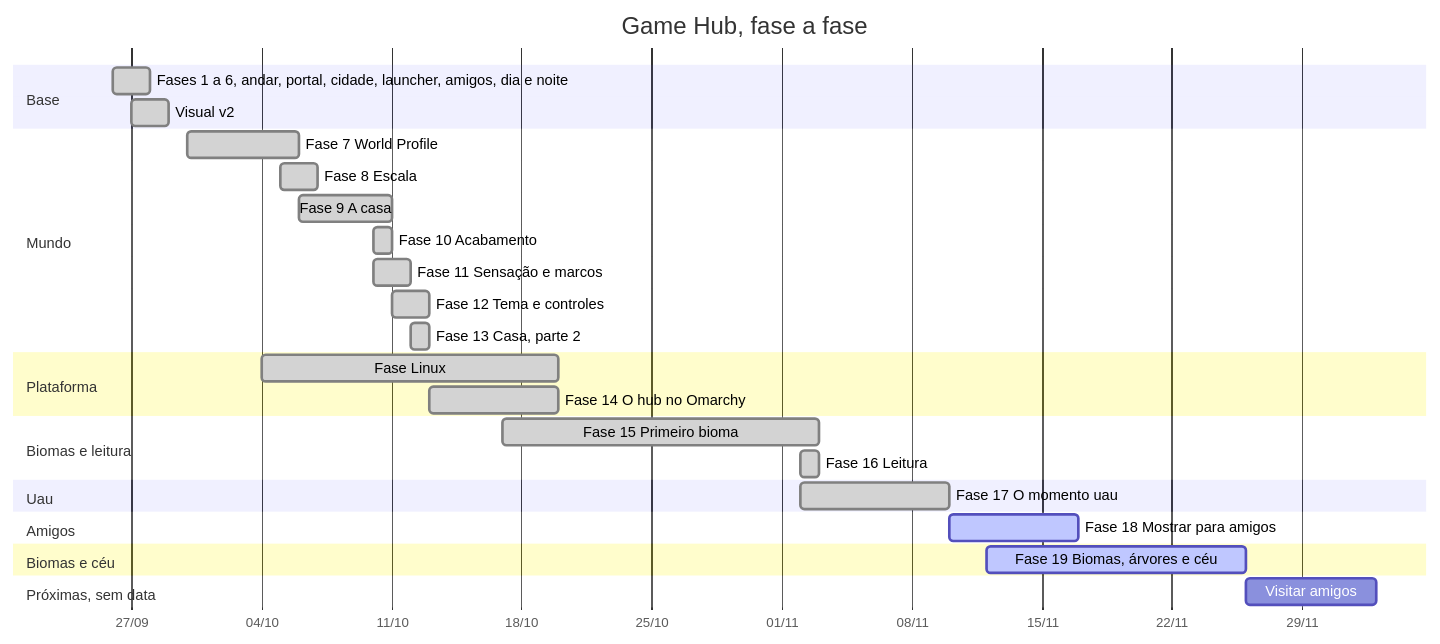
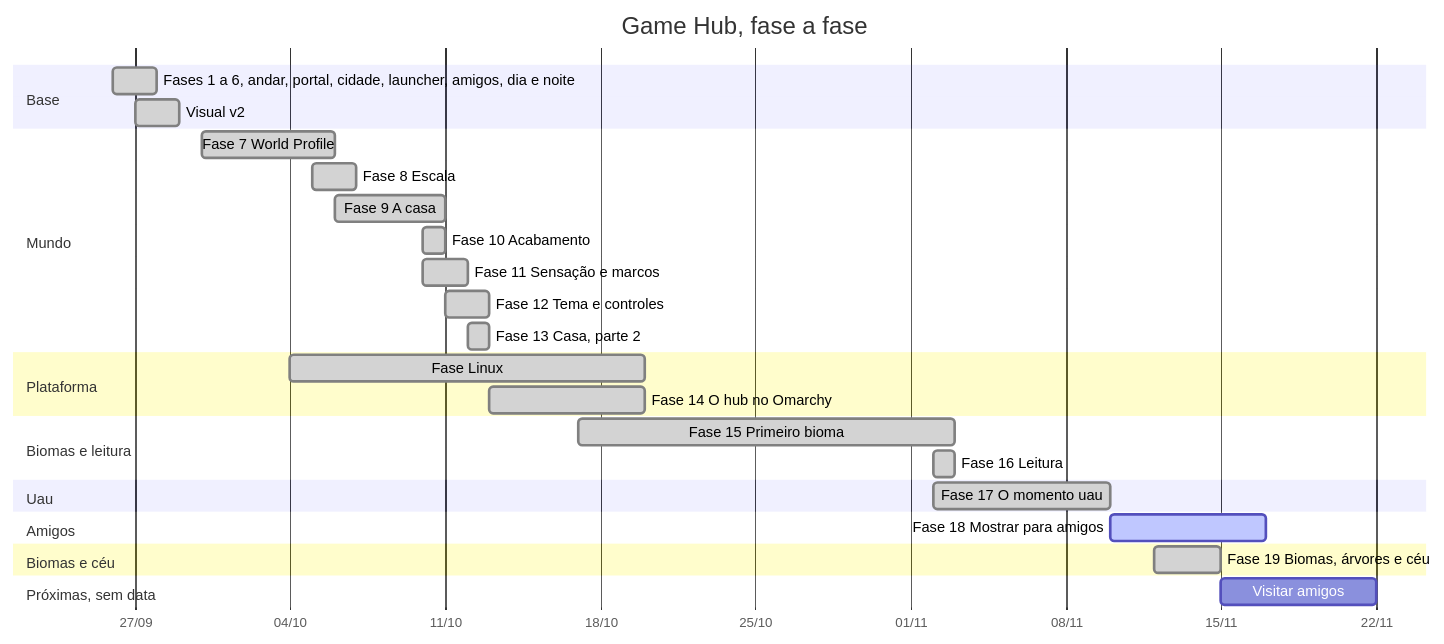
One commit to guitavaress/game-hub changed the diagram in docs/Início.md. Above: the diagram before and after it, drawn with Mermaid. The commit also changed other lines of this file and 3 other files, not shown here.

````diff
--- a/docs/Início.md
+++ b/docs/Início.md
@@ -45,39 +46,39 @@
 ```mermaid
 gantt
     title Game Hub, fase a fase
     dateFormat YYYY-MM-DD
     axisFormat %d/%m
 
     section Base
     Fases 1 a 6, andar, portal, cidade, launcher, amigos, dia e noite :done, f1, 2026-09-26, 2026-09-28
     Visual v2                        :done, v2, 2026-09-27, 2026-09-29
 
     section Mundo
     Fase 7 World Profile             :done, f7, 2026-09-30, 2026-10-06
     Fase 8 Escala                    :done, f8, 2026-10-05, 2026-10-07
     Fase 9 A casa                    :done, f9, 2026-10-06, 2026-10-11
     Fase 10 Acabamento               :done, f10, 2026-10-10, 2026-10-11
     Fase 11 Sensação e marcos        :done, f11, 2026-10-10, 2026-10-12
     Fase 12 Tema e controles         :done, f12, 2026-10-11, 2026-10-13
     Fase 13 Casa, parte 2            :done, f13, 2026-10-12, 2026-10-13
 
     section Plataforma
     Fase Linux                       :done, fl, 2026-10-04, 2026-10-20
     Fase 14 O hub no Omarchy         :done, f14, 2026-10-13, 2026-10-20
 
     section Biomas e leitura
     Fase 15 Primeiro bioma           :done, f15, 2026-10-17, 2026-11-03
     Fase 16 Leitura                  :done, f16, 2026-11-02, 2026-11-03
 
     section Uau
     Fase 17 O momento uau            :done, f17, 2026-11-02, 2026-11-10
 
     section Amigos
     Fase 18 Mostrar para amigos      :active, f18, 2026-11-10, 7d
 
     section Biomas e céu
-    Fase 19 Biomas, árvores e céu    :active, f19, 2026-11-12, 14d
+    Fase 19 Biomas, árvores e céu    :done, f19, 2026-11-12, 2026-11-15
 
     section Próximas, sem data
     Visitar amigos                   :u4, after f19, 7d
 ```
````
